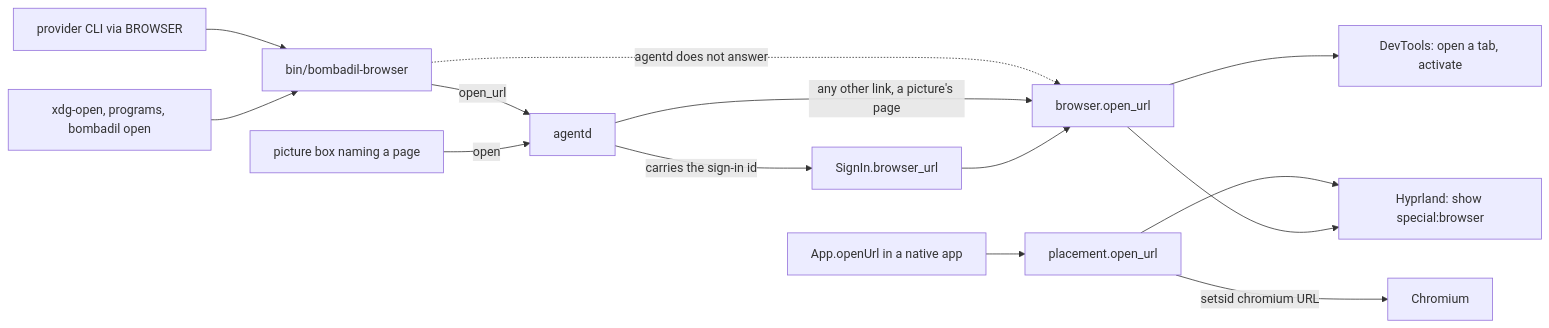
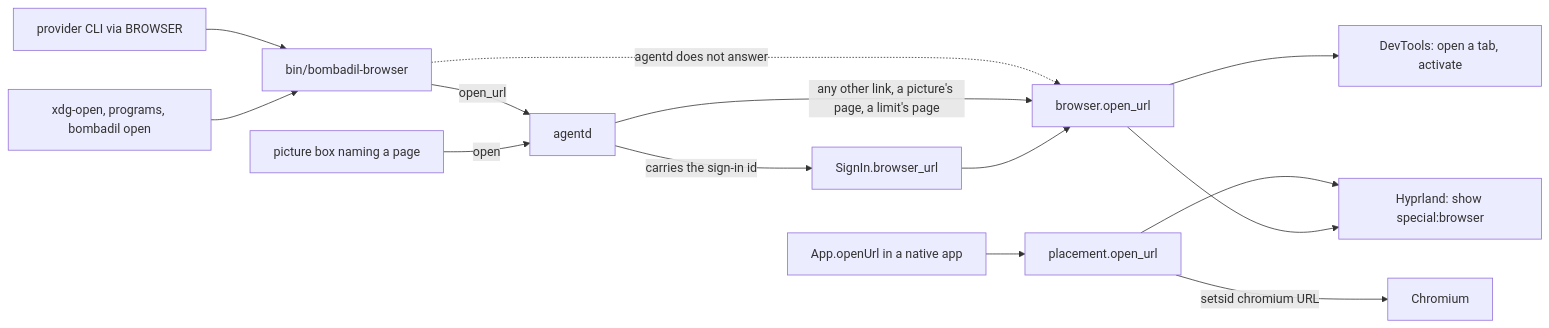
The first of 3 diagrams in docs/architecture/browser-and-signin.md (thedefaultman/Bombadil), drawn with Mermaid before and after one commit. The commit also changed other lines of this file and 18 other files, not shown here.

First line of the commit message:
docs: architecture page updates against current main (checks interrupted)

````diff
--- a/docs/architecture/browser-and-signin.md
+++ b/docs/architecture/browser-and-signin.md
@@ -16,16 +16,16 @@
 ```mermaid
 flowchart LR
     cli["provider CLI via BROWSER"] --> bb["bin/bombadil-browser"]
     app["xdg-open, programs, bombadil open"] --> bb
     bb -->|"open_url"| agentd["agentd"]
     bb -.->|"agentd does not answer"| open["browser.open_url"]
     pic["picture box naming a page"] -->|"open"| agentd
     qml["App.openUrl in a native app"] --> pl["placement.open_url"]
     pl -->|"setsid chromium URL"| ch["Chromium"]
     pl --> hy
     agentd -->|"carries the sign-in id"| si["SignIn.browser_url"]
-    agentd -->|"any other link, a picture's page"| open
+    agentd -->|"any other link, a picture's page, a limit's page"| open
     si --> open
     open --> dt["DevTools: open a tab, activate"]
     open --> hy["Hyprland: show special:browser"]
 ```
````
